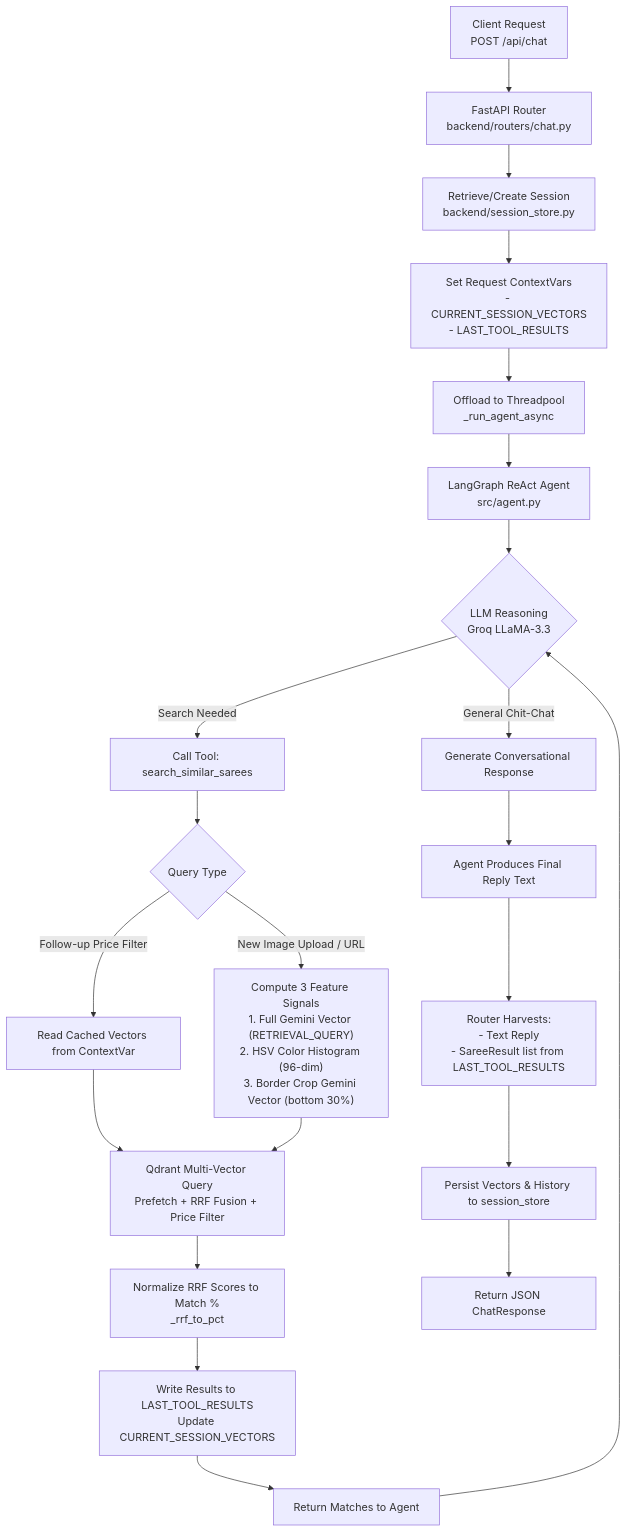
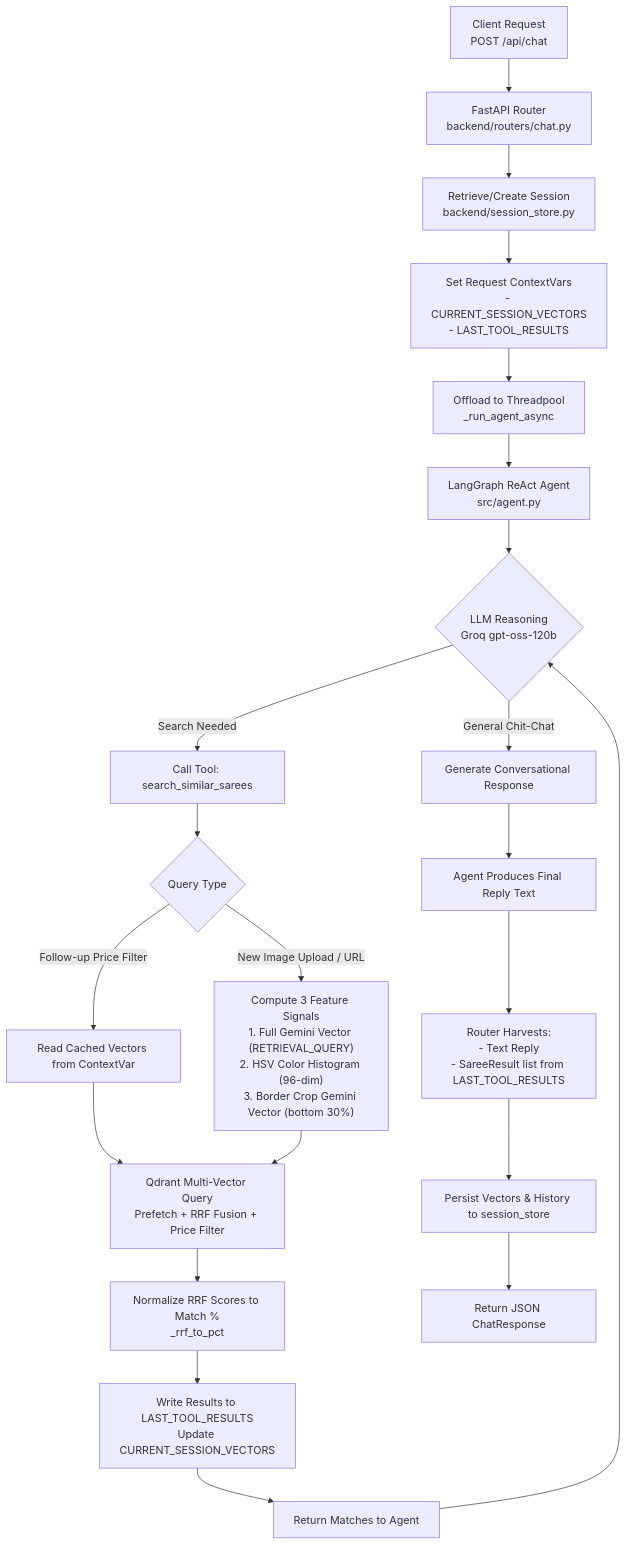
Before and after one commit to omprakash0224/TailorTalk: the second of 3 diagrams in FLOW.md, drawn with Mermaid. The commit also changed other lines of this file and 3 other files, not shown here.

````diff
--- a/FLOW.md
+++ b/FLOW.md
@@ -80,33 +80,33 @@
 ```mermaid
 flowchart TD
     A["Client Request<br/>POST /api/chat"] --> B["FastAPI Router<br/>backend/routers/chat.py"]
     B --> C["Retrieve/Create Session<br/>backend/session_store.py"]
     
     C --> D["Set Request ContextVars<br/>- CURRENT_SESSION_VECTORS<br/>- LAST_TOOL_RESULTS"]
     D --> E["Offload to Threadpool<br/>_run_agent_async"]
     
     E --> F["LangGraph ReAct Agent<br/>src/agent.py"]
-    F --> G{"LLM Reasoning<br/>Groq LLaMA-3.3"}
+    F --> G{"LLM Reasoning<br/>Groq gpt-oss-120b"}
     
     G -->|General Chit-Chat| H["Generate Conversational Response"]
     
     G -->|Search Needed| I["Call Tool: search_similar_sarees"]
     I --> J{"Query Type"}
     
     J -->|Follow-up Price Filter| K["Read Cached Vectors from ContextVar"]
     J -->|New Image Upload / URL| L["Compute 3 Feature Signals<br/>1. Full Gemini Vector (RETRIEVAL_QUERY)<br/>2. HSV Color Histogram (96-dim)<br/>3. Border Crop Gemini Vector (bottom 30%)"]
     
     K --> M["Qdrant Multi-Vector Query<br/>Prefetch + RRF Fusion + Price Filter"]
     L --> M
     
     M --> N["Normalize RRF Scores to Match %<br/>_rrf_to_pct"]
     N --> O["Write Results to LAST_TOOL_RESULTS<br/>Update CURRENT_SESSION_VECTORS"]
     O --> P["Return Matches to Agent"]
     
     P --> G
     H --> Q["Agent Produces Final Reply Text"]
     
     Q --> R["Router Harvests:<br/>- Text Reply<br/>- SareeResult list from LAST_TOOL_RESULTS"]
     R --> S["Persist Vectors & History to session_store"]
     S --> T["Return JSON ChatResponse"]
 ```
````
